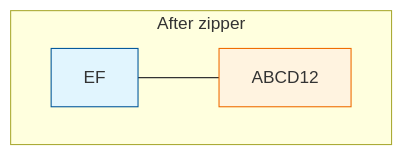
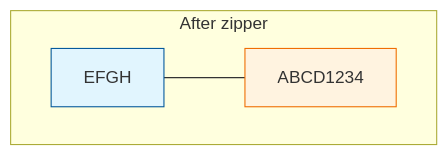
Diagram 14 of 14 in docs/architecture/index.md (Texarkanine/SumMem), drawn with Mermaid before and after one commit. The commit also changed other lines of this file and 41 other files, not shown here.

````diff
--- a/docs/architecture/index.md
+++ b/docs/architecture/index.md
@@ -290,10 +294,10 @@
 ```mermaid
 flowchart LR
     classDef w1 fill:#e1f5fe,stroke:#01579b;
     classDef w2 fill:#fff3e0,stroke:#ef6c00;
 
     subgraph done["After zipper"]
         direction LR
-        D1["EF"]:::w1 --- D2["ABCD12"]:::w2
+        D1["EFGH"]:::w1 --- D2["ABCD1234"]:::w2
     end
 ```
````
